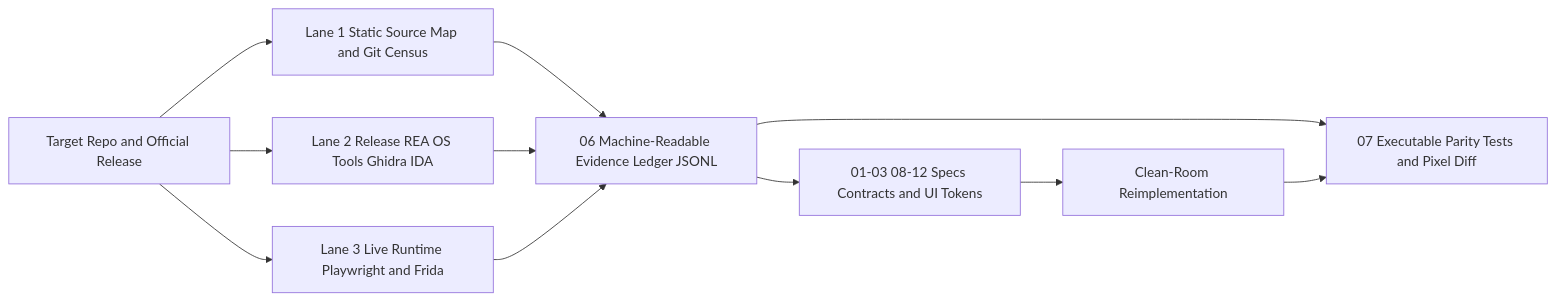
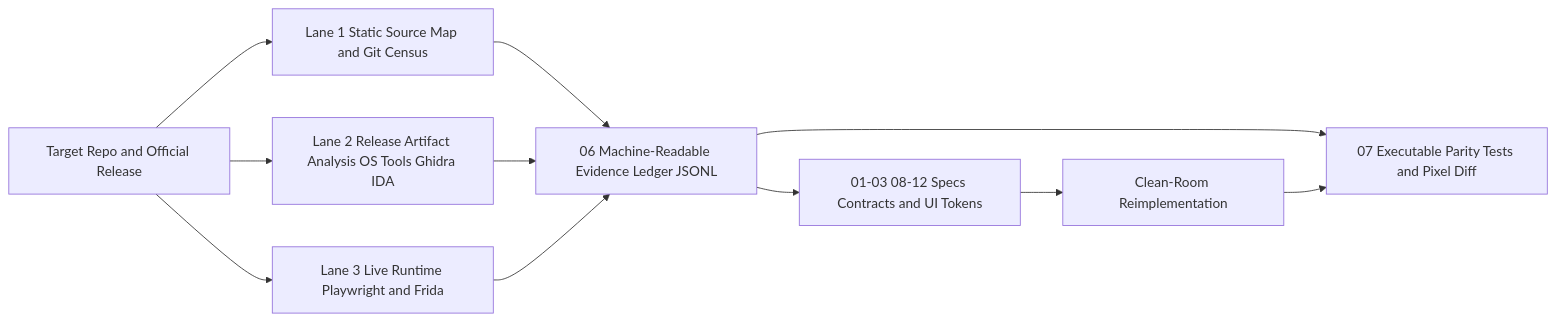
The first of 2 diagrams in README.md (awesomejun/spec-anything), drawn with Mermaid before and after one commit. The commit also changed other lines of this file and 12 other files, not shown here.

Commit message:
docs: de-emphasize reverse-engineering/REA wording in favor of Release Artifact Analysis (RAA)

````diff
--- a/README.md
+++ b/README.md
@@ -111,13 +111,13 @@
 ```mermaid
 flowchart LR
     T[Target Repo and Official Release] --> L1[Lane 1 Static Source Map and Git Census]
-    T --> L2[Lane 2 Release REA OS Tools Ghidra IDA]
+    T --> L2[Lane 2 Release Artifact Analysis OS Tools Ghidra IDA]
     T --> L3[Lane 3 Live Runtime Playwright and Frida]
     L1 --> EV[06 Machine-Readable Evidence Ledger JSONL]
     L2 --> EV
     L3 --> EV
     EV --> SP[01-03 08-12 Specs Contracts and UI Tokens]
     EV --> PT[07 Executable Parity Tests and Pixel Diff]
     SP --> CR[Clean-Room Reimplementation]
     CR --> PT
 ```
````
